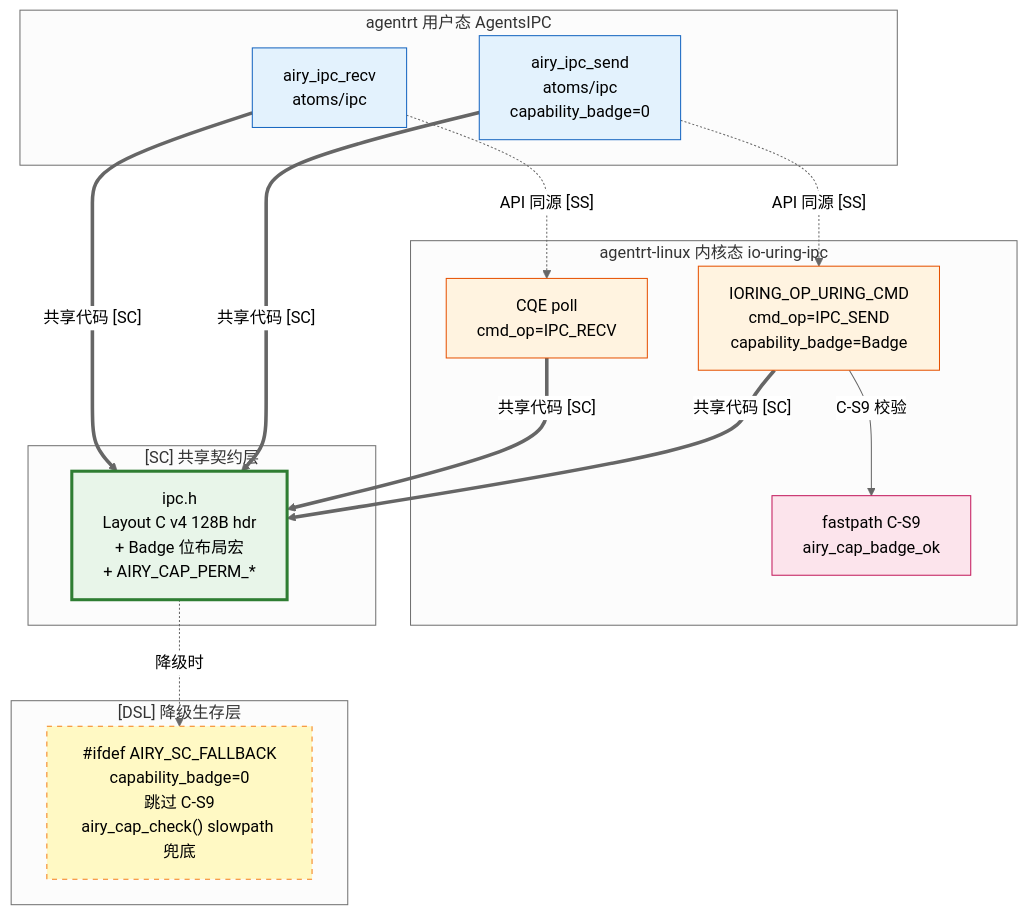
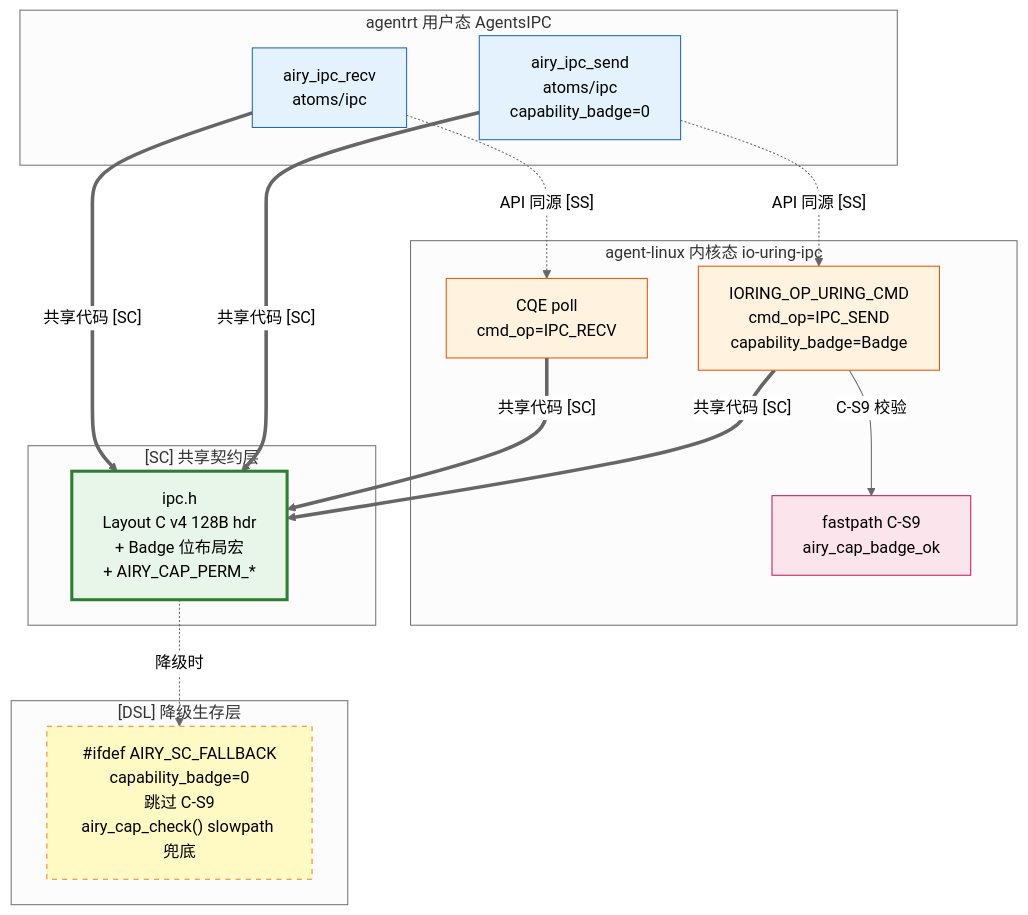
Before and after one commit to openairymax/docs-linux: the diagram in 30-interfaces/02-ipc-protocol.md, drawn with Mermaid (neutral theme). The commit also changed other lines of this file and 172 other files, not shown here.

Commit message:
docs: rename agentrt-linux to agent-linux across docs v0.1.3 双工程结构：agentrt-linux 改名 agent-linux。docs 全仓 186 个 文件中的 agentrt-linux 引用统一为 agent-linux（AirymaxOS 工程名/ URL/路径引用；commit hash 与历史不变）。

````diff
--- a/30-interfaces/02-ipc-protocol.md
+++ b/30-interfaces/02-ipc-protocol.md
@@ -733,38 +733,38 @@
 ```mermaid
 graph TB
     subgraph "agentrt 用户态 AgentsIPC"
         RT_SEND[airy_ipc_send<br/>atoms/ipc<br/>capability_badge=0]
         RT_RECV[airy_ipc_recv<br/>atoms/ipc]
     end
 
-    subgraph "agentrt-linux 内核态 io-uring-ipc"
+    subgraph "agent-linux 内核态 io-uring-ipc"
         OS_SQE[IORING_OP_URING_CMD<br/>cmd_op=IPC_SEND<br/>capability_badge=Badge]
         OS_CQE[CQE poll<br/>cmd_op=IPC_RECV]
         OS_CSFastpath[fastpath C-S9<br/>airy_cap_badge_ok]
     end
 
     subgraph "[SC] 共享契约层"
         SC[ipc.h<br/>Layout C v4 128B hdr<br/>+ Badge 位布局宏<br/>+ AIRY_CAP_PERM_*]
     end
 
     subgraph "[DSL] 降级生存层"
         DSL["#ifdef AIRY_SC_FALLBACK<br/>capability_badge=0<br/>跳过 C-S9<br/>airy_cap_check() slowpath 兜底"]
     end
 
     RT_SEND -.->|"API 同源 [SS]"| OS_SQE
     RT_RECV -.->|"API 同源 [SS]"| OS_CQE
     RT_SEND ==>|"共享代码 [SC]"| SC
     RT_RECV ==>|"共享代码 [SC]"| SC
     OS_SQE ==>|"共享代码 [SC]"| SC
     OS_CQE ==>|"共享代码 [SC]"| SC
     OS_SQE -->|"C-S9 校验"| OS_CSFastpath
     SC -.->|"降级时"| DSL
 
     style SC fill:#e8f5e9,stroke:#2e7d32,stroke-width:3px
     style RT_SEND fill:#e3f2fd,stroke:#1565c0
     style RT_RECV fill:#e3f2fd,stroke:#1565c0
     style OS_SQE fill:#fff3e0,stroke:#e65100
     style OS_CQE fill:#fff3e0,stroke:#e65100
     style OS_CSFastpath fill:#fce4ec,stroke:#c2185b
     style DSL fill:#fff9c4,stroke:#f57f17,stroke-dasharray: 5 5
 ```
````
